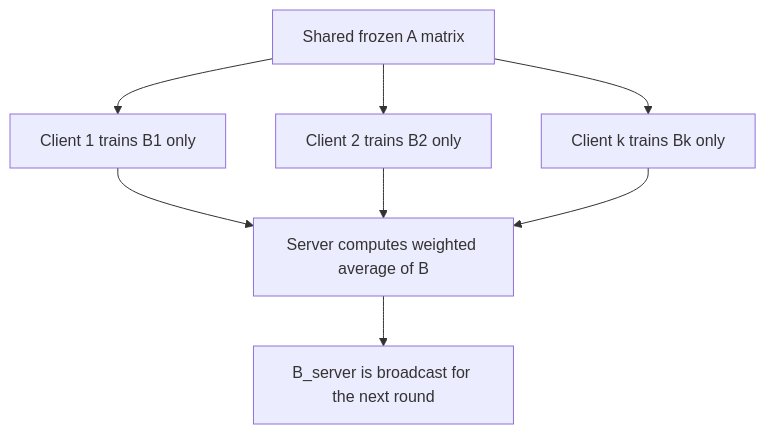
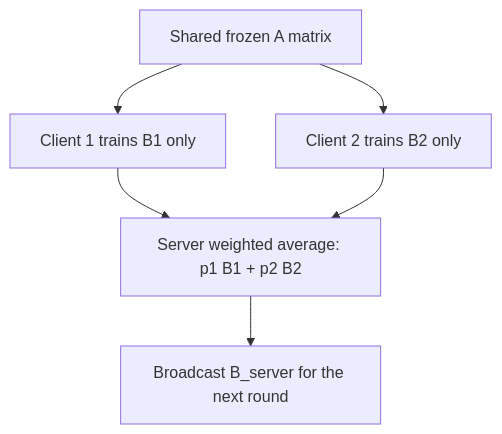
Before and after one commit to trantrieuvy/vflora: the fourth of 4 diagrams in docs/METHODS.md, drawn with Mermaid. The commit also changed other lines of this file, not shown here.

Commit message:
Refine method diagrams and notation

````diff
--- a/docs/METHODS.md
+++ b/docs/METHODS.md
@@ -141,12 +169,10 @@
 ```mermaid
 flowchart TD
   A["Shared frozen A matrix"] --> C1["Client 1 trains B1 only"]
   A --> C2["Client 2 trains B2 only"]
-  A --> CK["Client k trains Bk only"]
 
-  C1 --> Server["Server computes weighted average of B"]
+  C1 --> Server["Server weighted average: p1 B1 + p2 B2"]
   C2 --> Server
-  CK --> Server
 
-  Server --> Next["B_server is broadcast for the next round"]
+  Server --> Next["Broadcast B_server for the next round"]
 ```
````
